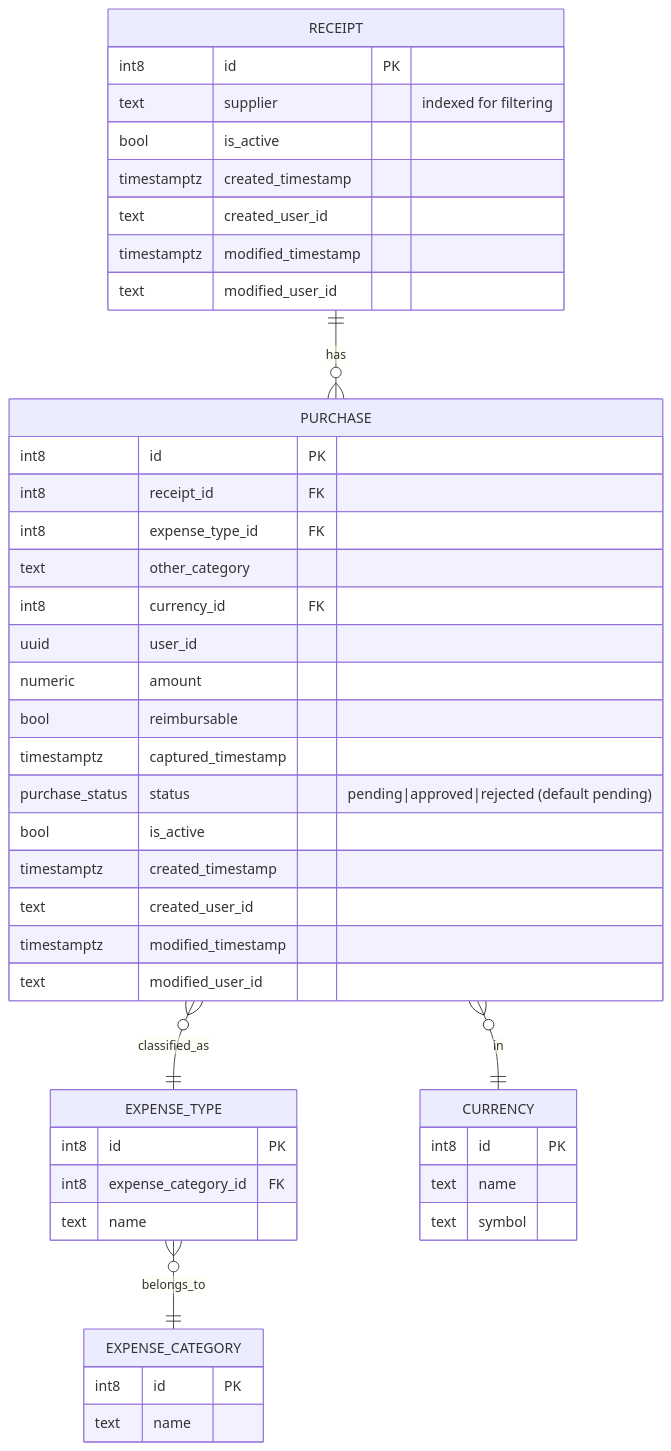
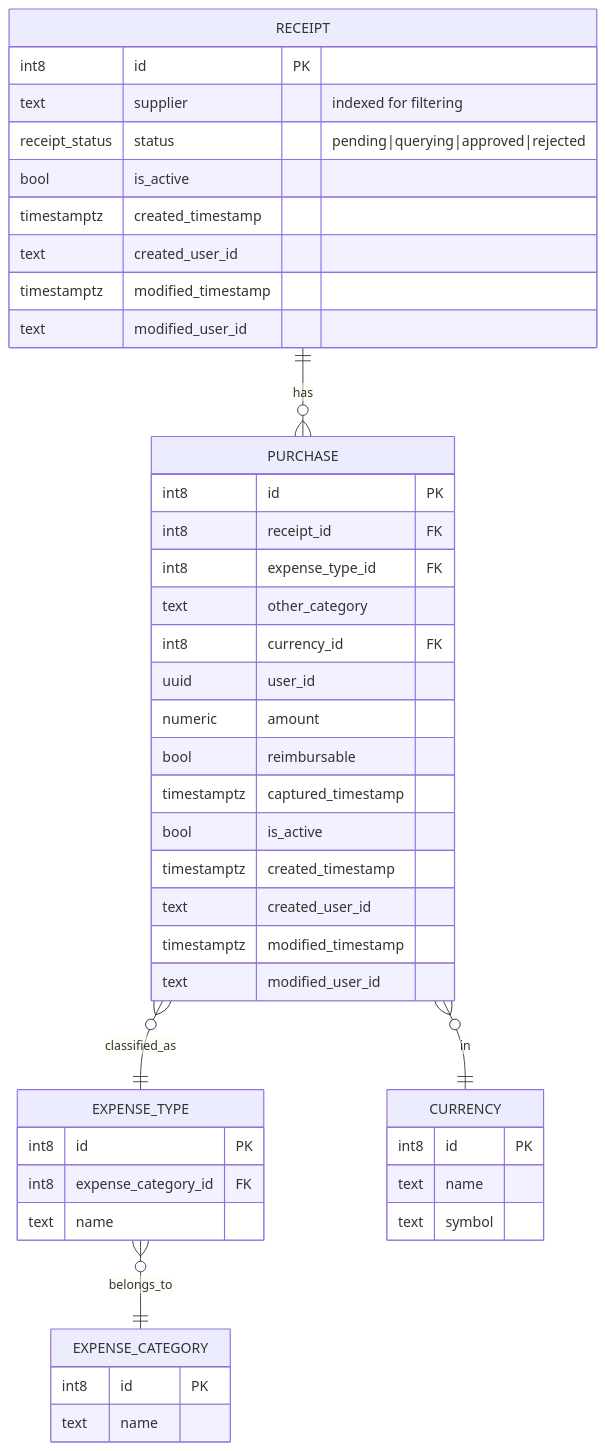
The first of 4 diagrams in docs/finance/receipt-capturing-frd.md (Innodat/agriplatform), drawn with Mermaid before and after one commit. The commit also changed other lines of this file and 23 other files, not shown here.

Commit message:
Fixing delete and edit on receipt status

````diff
--- a/docs/finance/receipt-capturing-frd.md
+++ b/docs/finance/receipt-capturing-frd.md
@@ -18,52 +18,52 @@
 ```mermaid
 erDiagram
   RECEIPT ||--o{ PURCHASE : has
   PURCHASE }o--|| EXPENSE_TYPE : classified_as
   EXPENSE_TYPE }o--|| EXPENSE_CATEGORY : belongs_to
   PURCHASE }o--|| CURRENCY : in
 
   RECEIPT {
     int8 id PK
     text supplier  "indexed for filtering"
+    receipt_status status "pending|querying|approved|rejected"
     bool is_active
     timestamptz created_timestamp
     text created_user_id
     timestamptz modified_timestamp
     text modified_user_id
   }
 
   PURCHASE {
     int8 id PK
     int8 receipt_id FK
     int8 expense_type_id FK
     text other_category
     int8 currency_id FK
     uuid user_id
     numeric amount
     bool reimbursable
     timestamptz captured_timestamp
-    purchase_status status "pending|approved|rejected (default pending)"
     bool is_active
     timestamptz created_timestamp
     text created_user_id
     timestamptz modified_timestamp
     text modified_user_id
   }
 
   EXPENSE_TYPE {
     int8 id PK
     int8 expense_category_id FK
     text name
   }
 
   EXPENSE_CATEGORY {
     int8 id PK
     text name
   }
 
   CURRENCY {
     int8 id PK
     text name
     text symbol
   }
 ```
````
